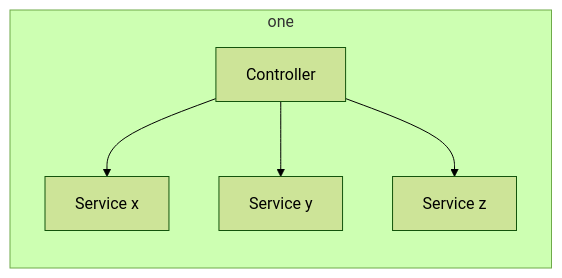
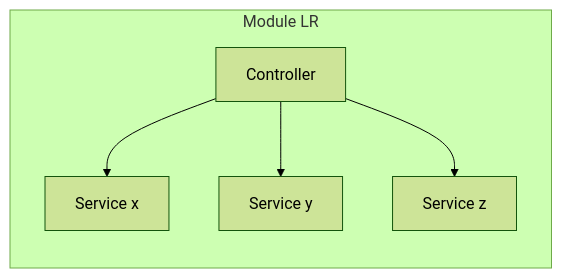
One commit to albin-joseph/myjslearnings changed the first of 2 diagrams in nestjs/NestJs.MD. Above: the diagram before and after it, drawn with Mermaid (forest theme).

````diff
--- a/nestjs/NestJs.MD
+++ b/nestjs/NestJs.MD
@@ -80,12 +80,12 @@
    ```mermaid
         flowchart LR;
-            subgraph one
+            subgraph Module LR
             step1["Controller"]
             step2["Service x"]
             step1 --> step2
             step3["Service y"]
             step1 --> step3
             step4["Service z"]
             step1 --> step4
             end
     ```
````
